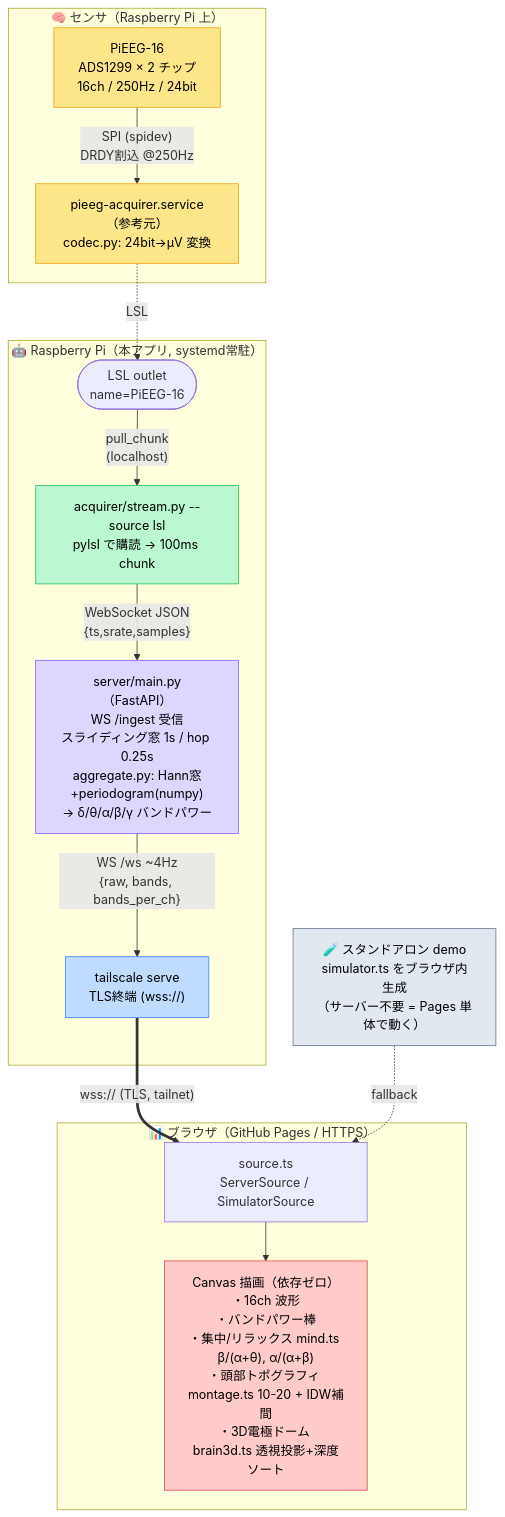
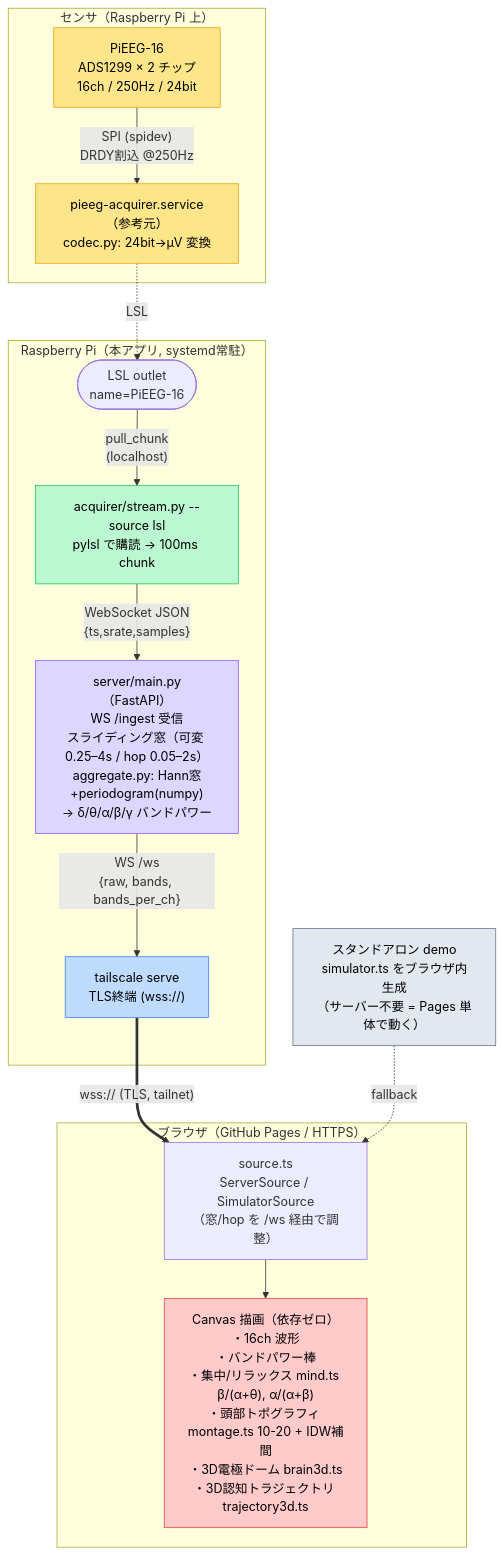
The second of 3 diagrams in docs/architecture.md (tyukei/pieeg_app), drawn with Mermaid before and after one commit. The commit also changed other lines of this file and 8 other files, not shown here.

First line of the commit message:
窓/スライド幅の可変対応・3D認知トラジェクトリ追加・アーキ図の表現調整

````diff
--- a/docs/architecture.md
+++ b/docs/architecture.md
@@ -47,38 +47,38 @@
 ```mermaid
 flowchart TB
-    subgraph HW["🧠 センサ（Raspberry Pi 上）"]
+    subgraph HW["センサ（Raspberry Pi 上）"]
         EEG["PiEEG-16<br/>ADS1299 × 2 チップ<br/>16ch / 250Hz / 24bit"]
         ACQ["pieeg-acquirer.service（参考元）<br/>codec.py: 24bit→μV 変換"]
         EEG -->|"SPI (spidev)<br/>DRDY割込 @250Hz"| ACQ
     end
 
-    subgraph PI["🤖 Raspberry Pi（本アプリ, systemd常駐）"]
+    subgraph PI["Raspberry Pi（本アプリ, systemd常駐）"]
         LSLOUT(["LSL outlet<br/>name=PiEEG-16"])
         BRIDGE["acquirer/stream.py --source lsl<br/>pylsl で購読 → 100ms chunk"]
-        SERVER["server/main.py（FastAPI）<br/>WS /ingest 受信<br/>スライディング窓 1s / hop 0.25s<br/>aggregate.py: Hann窓+periodogram(numpy)<br/>→ δ/θ/α/β/γ バンドパワー"]
+        SERVER["server/main.py（FastAPI）<br/>WS /ingest 受信<br/>スライディング窓（可変 0.25–4s / hop 0.05–2s）<br/>aggregate.py: Hann窓+periodogram(numpy)<br/>→ δ/θ/α/β/γ バンドパワー"]
         SERVE["tailscale serve<br/>TLS終端 (wss://)"]
         ACQ -.->|LSL| LSLOUT
         LSLOUT -->|"pull_chunk<br/>(localhost)"| BRIDGE
         BRIDGE -->|"WebSocket JSON<br/>{ts,srate,samples}"| SERVER
-        SERVER -->|"WS /ws ~4Hz<br/>{raw, bands, bands_per_ch}"| SERVE
+        SERVER -->|"WS /ws<br/>{raw, bands, bands_per_ch}"| SERVE
     end
 
-    subgraph WEB["📊 ブラウザ（GitHub Pages / HTTPS）"]
-        SRC["source.ts<br/>ServerSource / SimulatorSource"]
-        VIEWS["Canvas 描画（依存ゼロ）<br/>・16ch 波形<br/>・バンドパワー棒<br/>・集中/リラックス mind.ts β/(α+θ), α/(α+β)<br/>・頭部トポグラフィ montage.ts 10-20 + IDW補間<br/>・3D電極ドーム brain3d.ts 透視投影+深度ソート"]
+    subgraph WEB["ブラウザ（GitHub Pages / HTTPS）"]
+        SRC["source.ts<br/>ServerSource / SimulatorSource<br/>（窓/hop を /ws 経由で調整）"]
+        VIEWS["Canvas 描画（依存ゼロ）<br/>・16ch 波形<br/>・バンドパワー棒<br/>・集中/リラックス mind.ts β/(α+θ), α/(α+β)<br/>・頭部トポグラフィ montage.ts 10-20 + IDW補間<br/>・3D電極ドーム brain3d.ts<br/>・3D認知トラジェクトリ trajectory3d.ts"]
         SRC --> VIEWS
     end
 
     SERVE ==>|"wss:// (TLS, tailnet)"| SRC
 
-    SIMBROWSER["🧪 スタンドアロン demo<br/>simulator.ts をブラウザ内生成<br/>（サーバー不要 = Pages 単体で動く）"]
+    SIMBROWSER["スタンドアロン demo<br/>simulator.ts をブラウザ内生成<br/>（サーバー不要 = Pages 単体で動く）"]
     SIMBROWSER -.->|fallback| SRC
 
     style EEG fill:#fde68a,stroke:#f59e0b,color:#000
     style ACQ fill:#fde68a,stroke:#f59e0b,color:#000
     style SERVER fill:#ddd6fe,stroke:#8b5cf6,color:#000
     style BRIDGE fill:#bbf7d0,stroke:#22c55e,color:#000
     style SERVE fill:#bfdbfe,stroke:#3b82f6,color:#000
     style VIEWS fill:#fecaca,stroke:#ef4444,color:#000
     style SIMBROWSER fill:#e2e8f0,stroke:#64748b,color:#000
 ```
````
